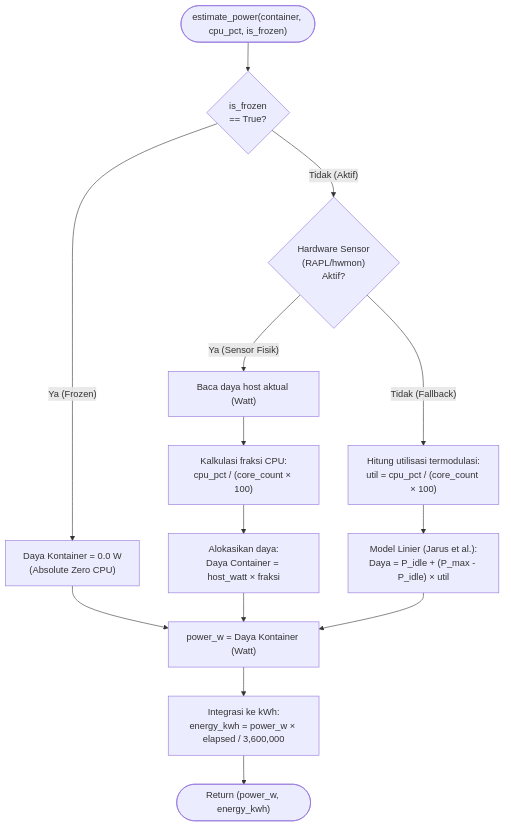
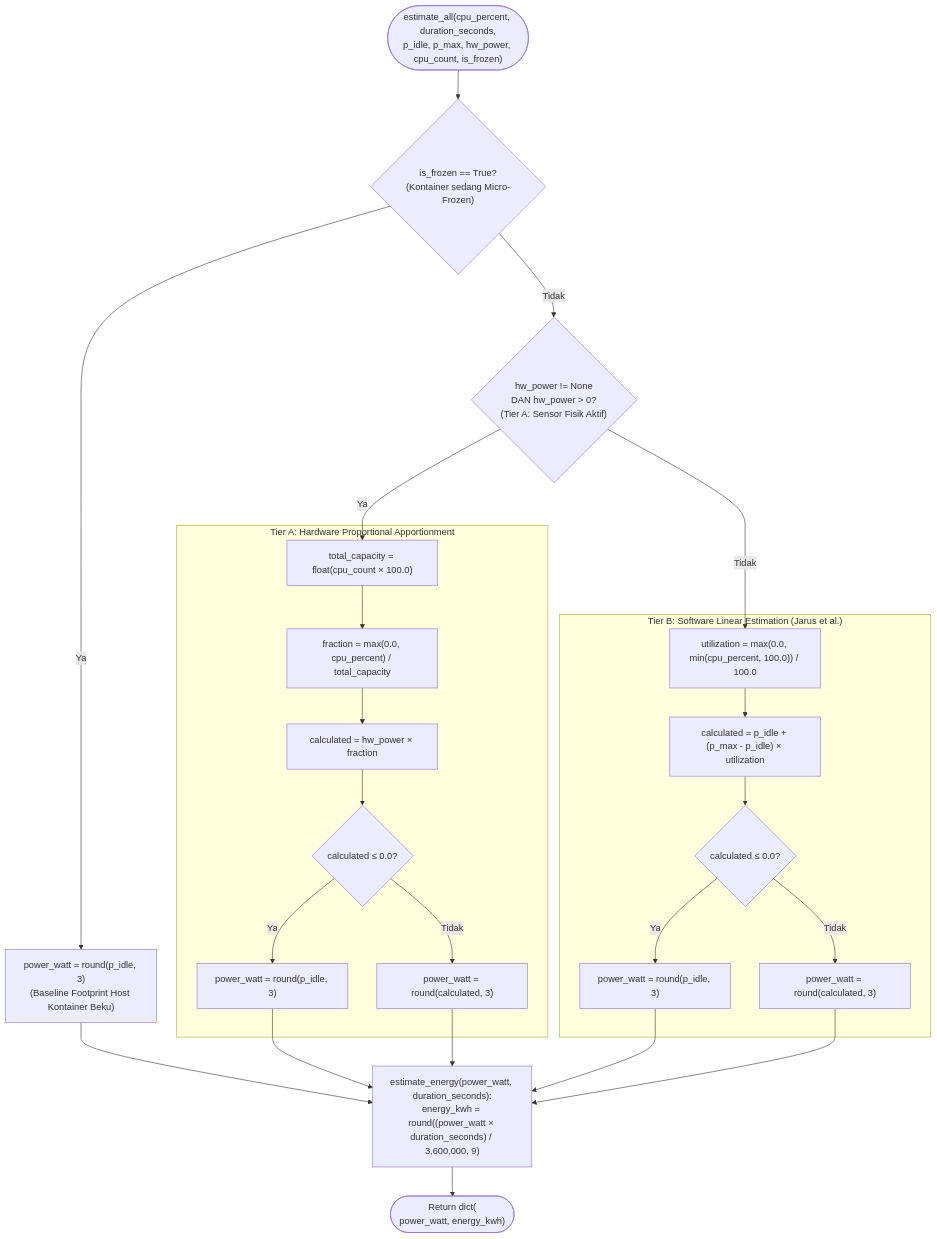
The first of 2 diagrams in architecture-diagrams/supplementary/01_energy_estimator.md (fauzanreza/green-container-framework), drawn with Mermaid before and after one commit. The commit also changed other lines of this file and 18 other files, not shown here.

````diff
--- a/architecture-diagrams/supplementary/01_energy_estimator.md
+++ b/architecture-diagrams/supplementary/01_energy_estimator.md
@@ -9,39 +17,55 @@
 ```mermaid
 flowchart TD
-    START(["estimate_power(container, cpu_pct, is_frozen)"])
+    START(["estimate_all(cpu_percent, duration_seconds,<br/>p_idle, p_max, hw_power, cpu_count, is_frozen)"])
 
-    FROZEN_CHECK{"is_frozen<br/>== True?"}
-    ZERO_WATT["Daya Kontainer = 0.0 W<br/>(Absolute Zero CPU)"]
+    CHECK_FROZEN{"is_frozen == True?<br/>(Kontainer sedang Micro-Frozen)"}
+    SET_IDLE_POWER["power_watt = round(p_idle, 3)<br/>(Baseline Footprint Host Kontainer Beku)"]
 
-    HW_CHECK{"Hardware Sensor<br/>(RAPL/hwmon)<br/>Aktif?"}
-    HW_TOTAL["Baca daya host aktual (Watt)"]
-    HW_FRAC["Kalkulasi fraksi CPU:<br/>cpu_pct / (core_count × 100)"]
-    HW_ALLOC["Alokasikan daya:<br/>Daya Container = host_watt × fraksi"]
+    CHECK_HW{"hw_power != None<br/>DAN hw_power &gt; 0?<br/>(Tier A: Sensor Fisik Aktif)"}
 
-    SW_UTIL["Hitung utilisasi termodulasi:<br/>util = cpu_pct / (core_count × 100)"]
-    SW_MODEL["Model Linier (Jarus et al.):<br/>Daya = P_idle + (P_max - P_idle) × util"]
+    subgraph HW_MODE["Tier A: Hardware Proportional Apportionment"]
+        CALC_CAPACITY["total_capacity = float(cpu_count × 100.0)"]
+        CALC_FRACTION["fraction = max(0.0, cpu_percent) / total_capacity"]
+        CALC_HW_WATT["calculated = hw_power × fraction"]
+        CHECK_HW_ZERO{"calculated ≤ 0.0?"}
+        HW_FALLBACK_IDLE["power_watt = round(p_idle, 3)"]
+        HW_FINAL["power_watt = round(calculated, 3)"]
+    end
 
-    POWER_RES["power_w = Daya Kontainer (Watt)"]
+    subgraph SW_MODE["Tier B: Software Linear Estimation (Jarus et al.)"]
+        CALC_UTIL["utilization = max(0.0, min(cpu_percent, 100.0)) / 100.0"]
+        CALC_SW_WATT["calculated = p_idle + (p_max - p_idle) × utilization"]
+        CHECK_SW_ZERO{"calculated ≤ 0.0?"}
+        SW_FALLBACK_IDLE["power_watt = round(p_idle, 3)"]
+        SW_FINAL["power_watt = round(calculated, 3)"]
+    end
 
-    CALC_ENERGY["Integrasi ke kWh:<br/>energy_kwh = power_w × elapsed / 3,600,000"]
+    CALC_KWH["estimate_energy(power_watt, duration_seconds):<br/>energy_kwh = round((power_watt × duration_seconds) / 3,600,000, 9)"]
 
-    RETURN(["Return (power_w, energy_kwh)"])
+    RETURN(["Return dict(<br/>power_watt, energy_kwh)"])
 
-    START --> FROZEN_CHECK
-    FROZEN_CHECK -->|"Ya (Frozen)"| ZERO_WATT
-    ZERO_WATT --> POWER_RES
-    
-    FROZEN_CHECK -->|"Tidak (Aktif)"| HW_CHECK
-    
-    HW_CHECK -->|"Ya (Sensor Fisik)"| HW_TOTAL
-    HW_TOTAL --> HW_FRAC
-    HW_FRAC --> HW_ALLOC
-    HW_ALLOC --> POWER_RES
+    START --> CHECK_FROZEN
+    CHECK_FROZEN -->|Ya| SET_IDLE_POWER
+    CHECK_FROZEN -->|Tidak| CHECK_HW
 
-    HW_CHECK -->|"Tidak (Fallback)"| SW_UTIL
-    SW_UTIL --> SW_MODEL
-    SW_MODEL --> POWER_RES
+    CHECK_HW -->|Ya| CALC_CAPACITY
+    CALC_CAPACITY --> CALC_FRACTION
+    CALC_FRACTION --> CALC_HW_WATT
+    CALC_HW_WATT --> CHECK_HW_ZERO
+    CHECK_HW_ZERO -->|Ya| HW_FALLBACK_IDLE
+    CHECK_HW_ZERO -->|Tidak| HW_FINAL
 
-    POWER_RES --> CALC_ENERGY
-    CALC_ENERGY --> RETURN
+    CHECK_HW -->|Tidak| CALC_UTIL
+    CALC_UTIL --> CALC_SW_WATT
+    CALC_SW_WATT --> CHECK_SW_ZERO
+    CHECK_SW_ZERO -->|Ya| SW_FALLBACK_IDLE
+    CHECK_SW_ZERO -->|Tidak| SW_FINAL
+
+    SET_IDLE_POWER --> CALC_KWH
+    HW_FALLBACK_IDLE --> CALC_KWH
+    HW_FINAL --> CALC_KWH
+    SW_FALLBACK_IDLE --> CALC_KWH
+    SW_FINAL --> CALC_KWH
+
+    CALC_KWH --> RETURN
 ```
````
